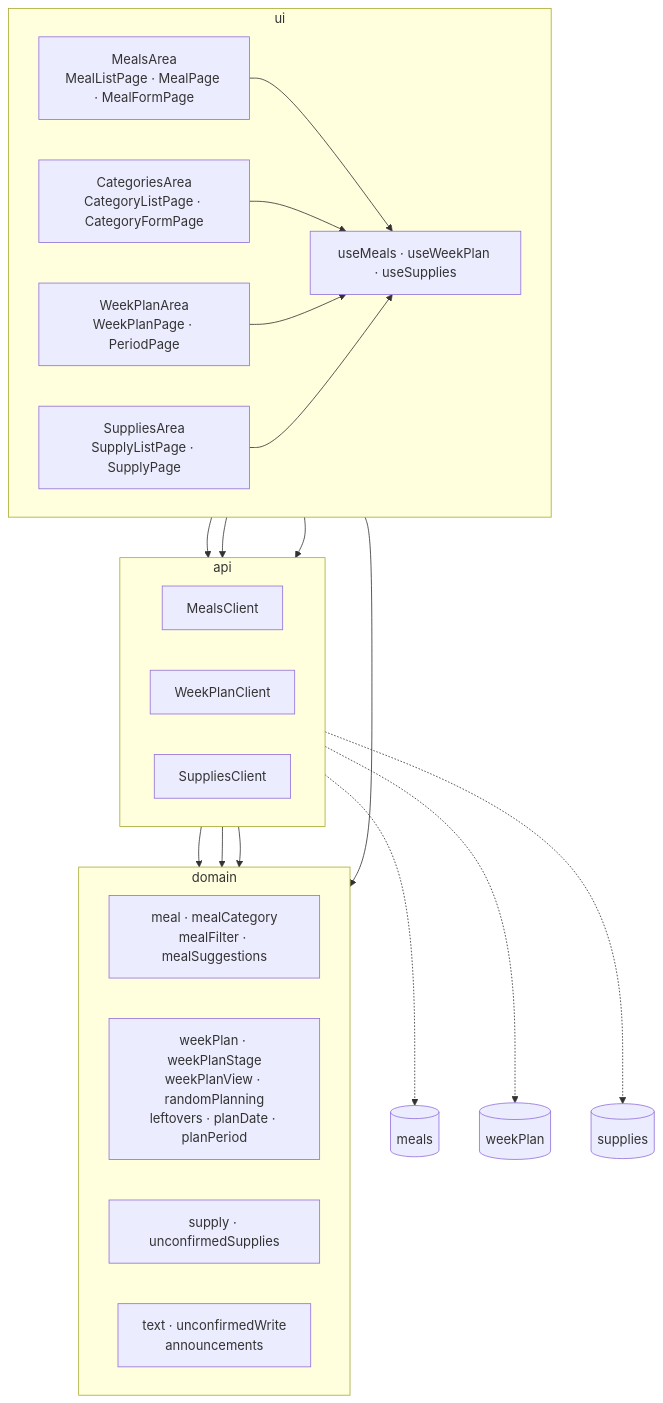
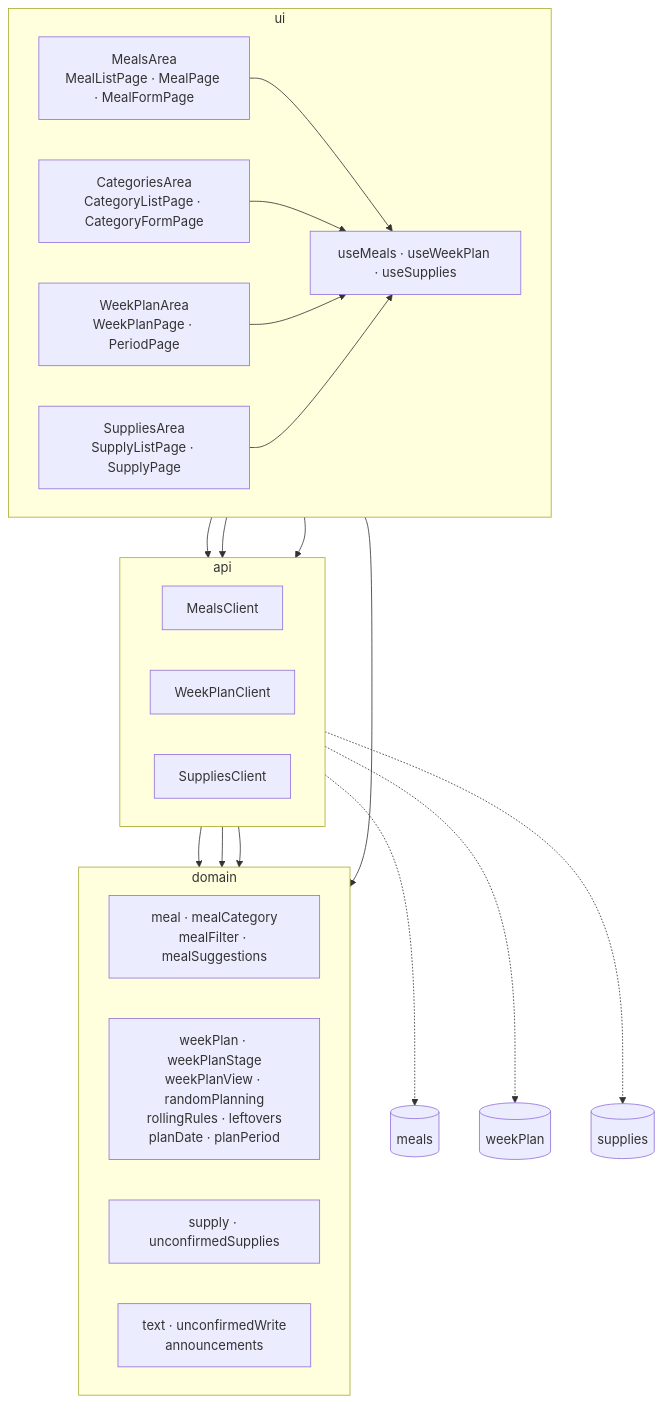
Before and after one commit to burnyWes/Mahlzeiten-Planer: the fourth of 5 diagrams in docs/architektur/05-bausteinsicht.md, drawn with Mermaid. The commit also changed 24 other files, not shown here.

First line of the commit message:
MZP-041 > feat: switch leftovers per way of rolling on a rule management page

````diff
--- a/docs/architektur/05-bausteinsicht.md
+++ b/docs/architektur/05-bausteinsicht.md
@@ -155,42 +155,42 @@
 ```mermaid
 flowchart TB
     subgraph ui["ui"]
         direction LR
         mealsArea["MealsArea<br/>MealListPage · MealPage · MealFormPage"]
         categoriesArea["CategoriesArea<br/>CategoryListPage · CategoryFormPage"]
         weekPlanArea["WeekPlanArea<br/>WeekPlanPage · PeriodPage"]
         suppliesArea["SuppliesArea<br/>SupplyListPage · SupplyPage"]
         hooks["useMeals · useWeekPlan · useSupplies"]
     end
 
     subgraph api["api"]
         direction LR
         mealsClient["MealsClient"]
         weekPlanClient["WeekPlanClient"]
         suppliesClient["SuppliesClient"]
     end
 
     subgraph domain["domain"]
         direction LR
         meal["meal · mealCategory<br/>mealFilter · mealSuggestions"]
-        weekPlan["weekPlan · weekPlanStage<br/>weekPlanView · randomPlanning<br/>leftovers · planDate · planPeriod"]
+        weekPlan["weekPlan · weekPlanStage<br/>weekPlanView · randomPlanning<br/>rollingRules · leftovers<br/>planDate · planPeriod"]
         supply["supply · unconfirmedSupplies"]
         support["text · unconfirmedWrite<br/>announcements"]
     end
 
     mealsArea --> hooks
     categoriesArea --> hooks
     weekPlanArea --> hooks
     suppliesArea --> hooks
     hooks --> mealsClient
     hooks --> weekPlanClient
     hooks --> suppliesClient
     hooks --> domain
     mealsClient --> meal
     weekPlanClient --> weekPlan
     suppliesClient --> supply
 
     mealsClient -.-> meals[("meals")]
     weekPlanClient -.-> weekPlanDocs[("weekPlan")]
     suppliesClient -.-> supplies[("supplies")]
 ```
````
